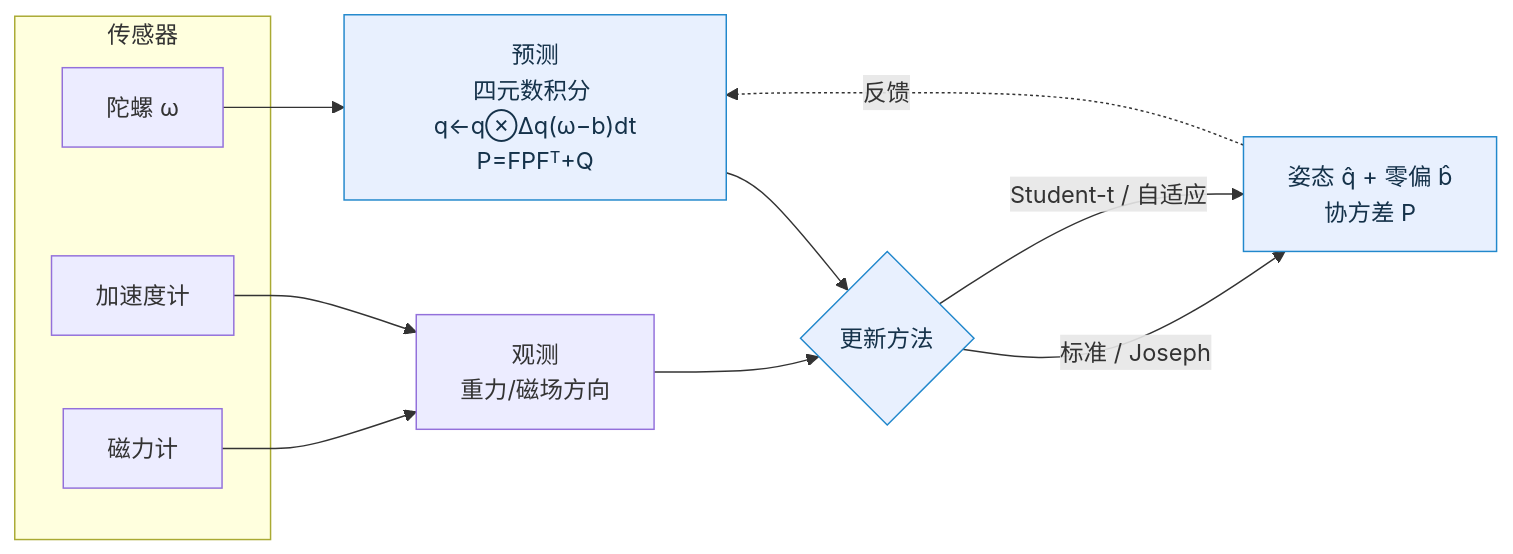
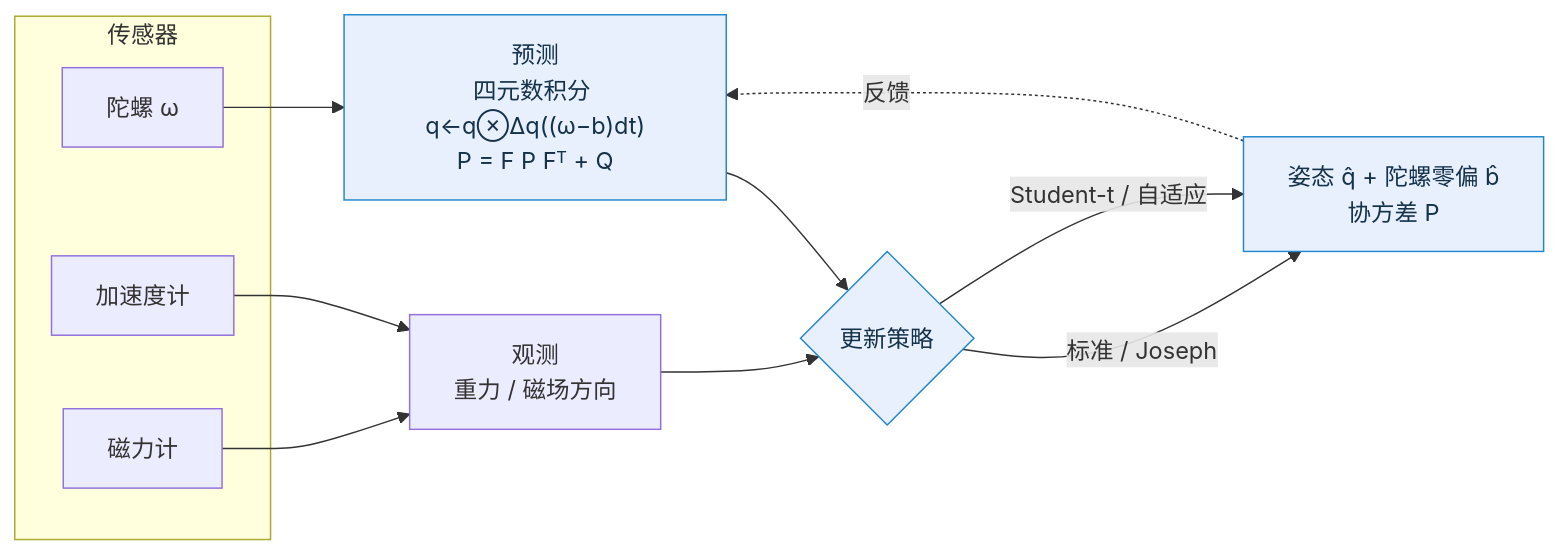
The diagram in README.md (tao903448-dotcom/-EKF), drawn with Mermaid before and after one commit. The commit also changed other lines of this file and 5 other files, not shown here.

````diff
--- a/README.md
+++ b/README.md
@@ -38,18 +47,18 @@
 ```mermaid
 flowchart LR
     subgraph 传感器
       G[陀螺 ω]
       A[加速度计]
       M[磁力计]
     end
-    G --> PRED["预测<br/>四元数积分 q←q⊗Δq(ω−b)dt<br/>P=FPFᵀ+Q"]
-    PRED --> UPD{"更新方法"}
-    A --> Z["观测<br/>重力/磁场方向"]
+    G --> PRED["预测<br/>四元数积分 q←q⊗Δq((ω−b)dt)<br/>P = F P Fᵀ + Q"]
+    PRED --> UPD{"更新策略"}
+    A --> Z["观测<br/>重力 / 磁场方向"]
     M --> Z
     Z --> UPD
-    UPD -->|标准 / Joseph| OUT["姿态 q̂ + 零偏 b̂<br/>协方差 P"]
+    UPD -->|标准 / Joseph| OUT["姿态 q̂ + 陀螺零偏 b̂<br/>协方差 P"]
     UPD -->|Student-t / 自适应| OUT
     OUT -. 反馈 .-> PRED
     classDef hot fill:#e8f0fe,stroke:#2288cc,color:#15324a;
     class PRED,UPD,OUT hot;
 ```
````
